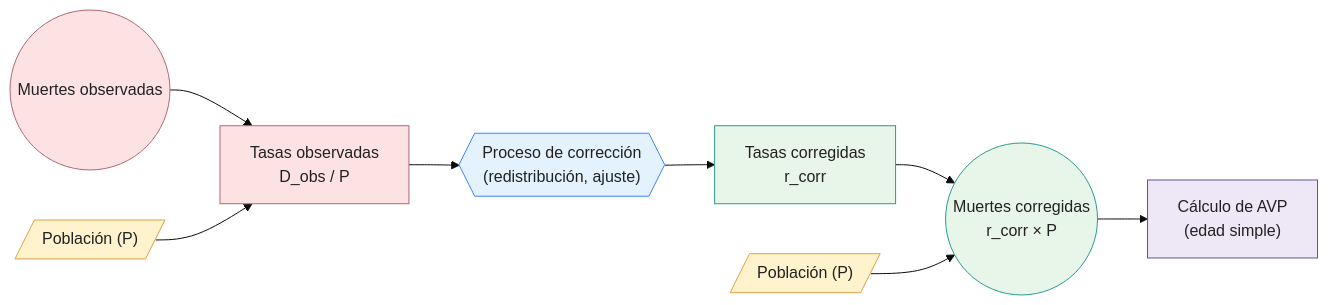
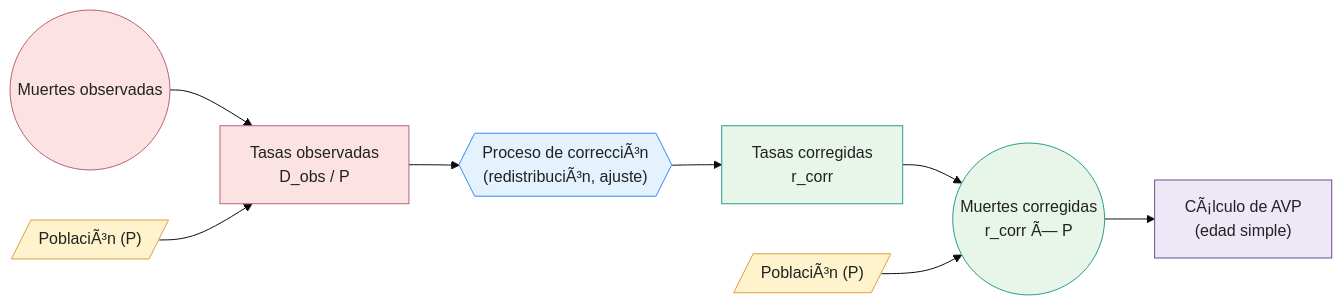
Before and after one commit to psotob91/demografia-poblacion-inei: the first of 4 diagrams in reports/method-report.qmd, drawn with Mermaid (base theme). The commit also changed other lines of this file and 4941 other files, not shown here.

````diff
--- a/reports/method-report.qmd
+++ b/reports/method-report.qmd
@@ -59,39 +70,39 @@
 ```{mermaid}
 %%| label: fig-rate-flow
-%%| fig-cap: Flujo conceptual de transformación de muertes observadas a muertes corregidas y papel del denominador poblacional
+%%| fig-cap: Flujo conceptual de transformaciÃ³n de muertes observadas a muertes corregidas y papel del denominador poblacional
 flowchart LR
 
   %% Nodos observados
   A(("Muertes observadas")):::observed
   B["Tasas observadas<br/>D_obs / P"]:::observed
 
   %% Proceso
-  C{{"Proceso de corrección<br/>(redistribución, ajuste)"}}:::process
+  C{{"Proceso de correcciÃ³n<br/>(redistribuciÃ³n, ajuste)"}}:::process
 
   %% Nodos corregidos
   D["Tasas corregidas<br/>r_corr"]:::corrected
-  E(("Muertes corregidas<br/>r_corr × P")):::corrected
+  E(("Muertes corregidas<br/>r_corr Ã— P")):::corrected
 
   %% Resultado final
-  F["Cálculo de AVP<br/>(edad simple)"]:::final
+  F["CÃ¡lculo de AVP<br/>(edad simple)"]:::final
 
-  %% Población (denominador)
-  P1[/"Población (P)"/]:::population
-  P2[/"Población (P)"/]:::population
+  %% PoblaciÃ³n (denominador)
+  P1[/"PoblaciÃ³n (P)"/]:::population
+  P2[/"PoblaciÃ³n (P)"/]:::population
 
   %% Flujo
   A --> B
   P1 --> B
   B --> C
   C --> D
   D --> E
   P2 --> E
   E --> F
 
   %% Estilos
   classDef observed fill:#FDE2E4,stroke:#B56576,color:#222;
   classDef process fill:#E3F2FD,stroke:#3A86FF,color:#222;
   classDef corrected fill:#E8F5E9,stroke:#2A9D8F,color:#222;
   classDef population fill:#FFF3CD,stroke:#E09F3E,color:#222;
   classDef final fill:#EDE7F6,stroke:#6A4C93,color:#222;
 ```
````
